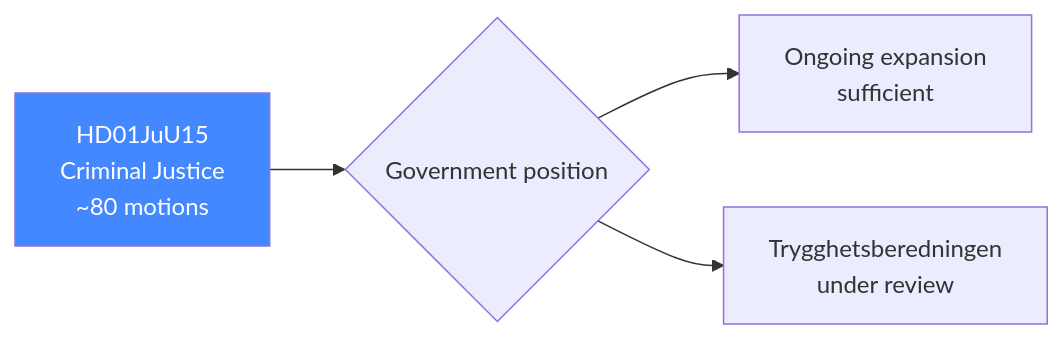
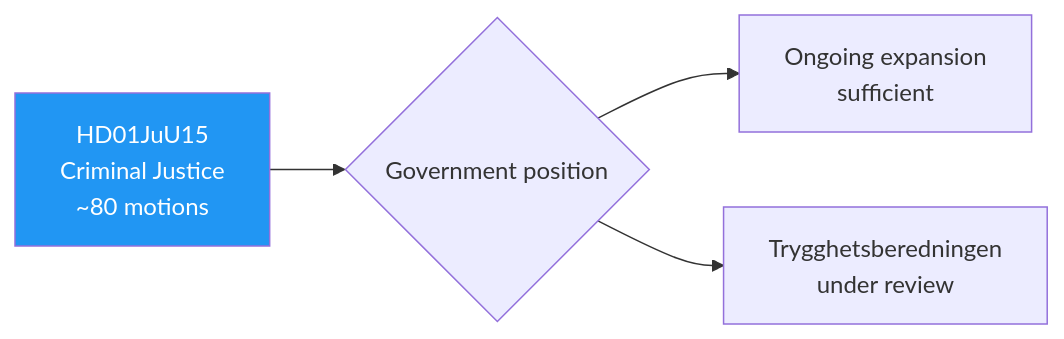
The diagram in analysis/daily/2026-04-13/committeeReports/documents/HD01JuU15-analysis.md (Hack23/riksdagsmonitor), drawn with Mermaid before and after one commit. The commit also changed 785 other files, not shown here.

First line of the commit message:
Normalize mermaid colors across 786 analysis artifacts to ISMS Style Guide palette

````diff
--- a/analysis/daily/2026-04-13/committeeReports/documents/HD01JuU15-analysis.md
+++ b/analysis/daily/2026-04-13/committeeReports/documents/HD01JuU15-analysis.md
@@ -16,7 +16,7 @@
 ```mermaid
 graph LR
     A["HD01JuU15<br/>Criminal Justice<br/>~80 motions"] --> B{"Government position"}
     B --> C["Ongoing expansion<br/>sufficient"]
     B --> D["Trygghetsberedningen<br/>under review"]
-    style A fill:#4488ff,color:#fff
+    style A fill:#2196F3,color:#FFFFFF
 ```
````
